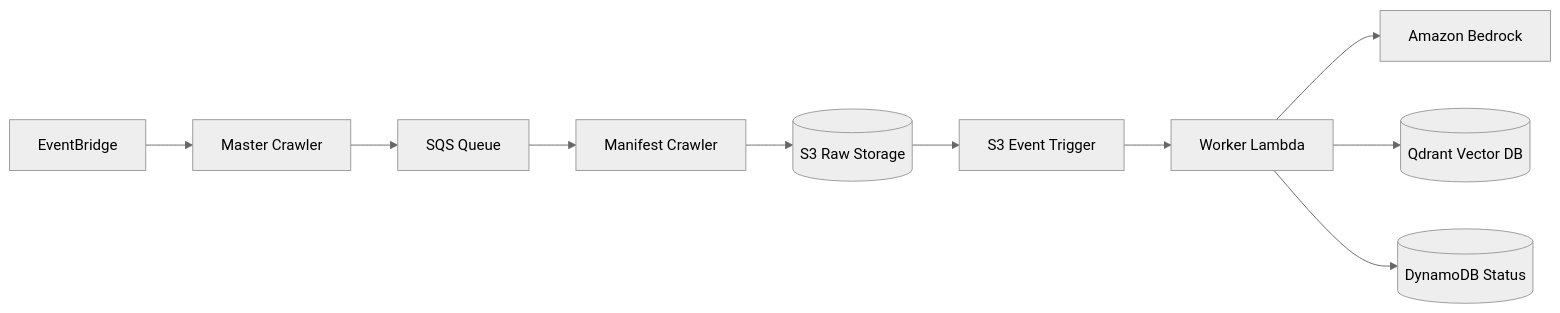
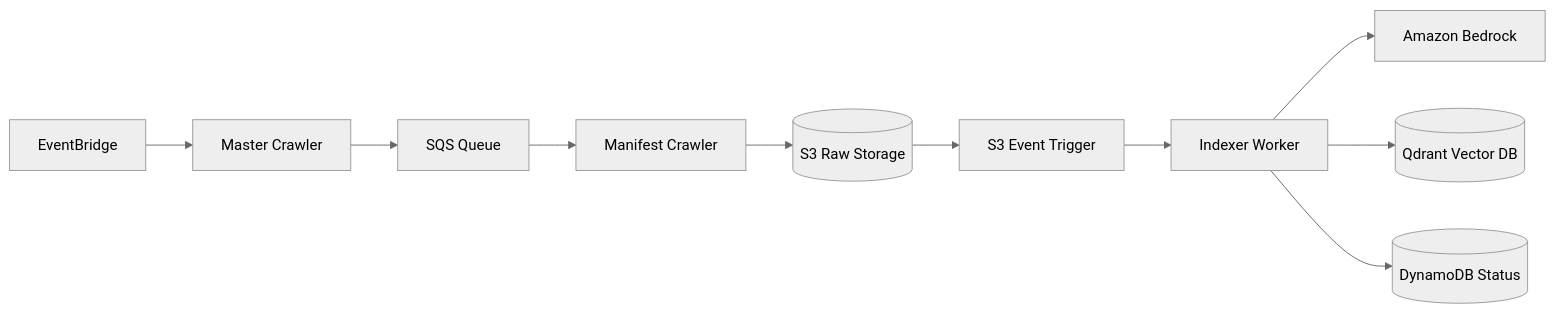
Before and after one commit to abhindeves/langchain_docs_rag: the second of 2 diagrams in openwiki/architecture/overview.md, drawn with Mermaid (neutral theme). The commit also changed other lines of this file and 5 other files, not shown here.

````diff
--- a/openwiki/architecture/overview.md
+++ b/openwiki/architecture/overview.md
@@ -49,12 +52,12 @@
 ```mermaid
 flowchart LR
     EB[EventBridge] --> MC[Master Crawler]
     MC --> Q[SQS Queue]
     Q --> ManC[Manifest Crawler]
     ManC --> S3Raw[(S3 Raw Storage)]
     S3Raw --> S3Trigger[S3 Event Trigger]
-    S3Trigger --> Worker[Worker Lambda]
+    S3Trigger --> Worker[Indexer Worker]
     Worker --> Bedrock[Amazon Bedrock]
     Worker --> Qdrant[(Qdrant Vector DB)]
     Worker --> DDB[(DynamoDB Status)]
 ```
````
